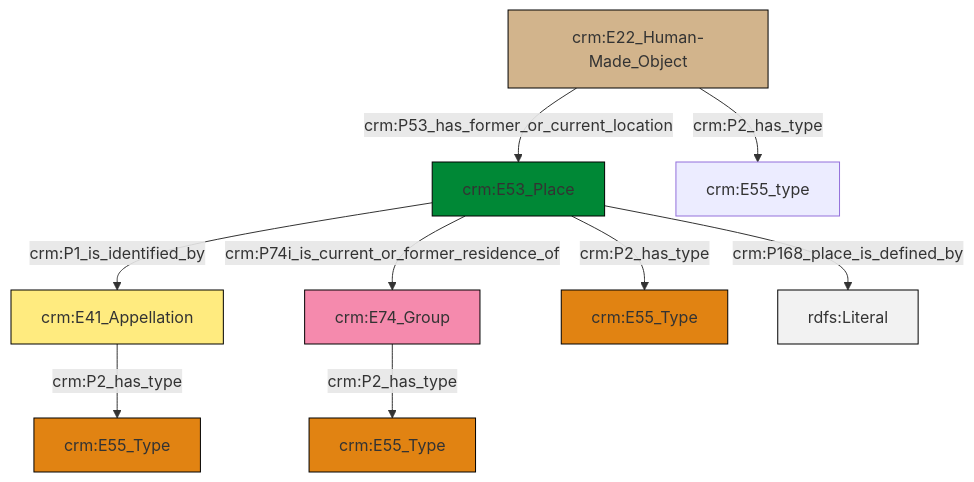
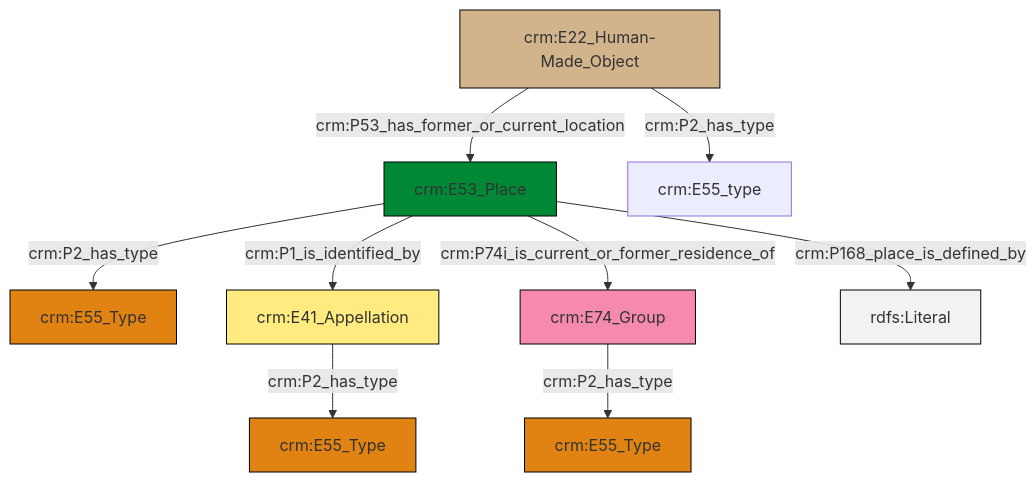
Before and after one commit to swiss-art-research-net/docs.swissartresearch: the diagram in et/artworkCSV/ttl/mmd/Artwork_Location.ttl.mmd, drawn with Mermaid. The commit also changed 176 other files, not shown here.

```diff
--- a/et/artworkCSV/ttl/mmd/Artwork_Location.ttl.mmd
+++ b/et/artworkCSV/ttl/mmd/Artwork_Location.ttl.mmd
@@ -1,23 +1,23 @@
 graph TD
 classDef Literal fill:#f2f2f2,stroke:#000000;
 classDef CRM_Entity fill:#FFFFFF,stroke:#000000;
 classDef Temporal_Entity fill:#00C9E6, stroke:#000000;
 classDef Type fill:#E18312, stroke:#000000;
 classDef Time-Span fill:#2C9C91, stroke:#000000;
 classDef Appellation fill:#FFEB7F, stroke:#000000;
 classDef Place fill:#008836, stroke:#000000;
 classDef Persistent_Item fill:#B266B2, stroke:#000000;
 classDef Conceptual_Object fill:#FFD700, stroke:#000000;
 classDef Physical_Thing fill:#D2B48C, stroke:#000000;
 classDef Actor fill:#f58aad, stroke:#000000;
 classDef PC_Classes fill:#4ce600, stroke:#000000;
 classDef Multi fill:#cccccc,stroke:#000000;
 
-0["crm:E22_Human-Made_Object"]:::Physical_Thing -->|crm:P53_has_former_or_current_location| 1["crm:E53_Place"]:::Place
-1["crm:E53_Place"]:::Place -->|crm:P1_is_identified_by| 2["crm:E41_Appellation"]:::Appellation
-1["crm:E53_Place"]:::Place -->|crm:P74i_is_current_or_former_residence_of| 6["crm:E74_Group"]:::Actor
-6["crm:E74_Group"]:::Actor -->|crm:P2_has_type| 4["crm:E55_Type"]:::Type
-0["crm:E22_Human-Made_Object"]:::Physical_Thing -->|crm:P2_has_type| 7["crm:E55_type"]:::Default
-1["crm:E53_Place"]:::Place -->|crm:P2_has_type| 11["crm:E55_Type"]:::Type
-1["crm:E53_Place"]:::Place -->|crm:P168_place_is_defined_by| 12[rdfs:Literal]:::Literal
-2["crm:E41_Appellation"]:::Appellation -->|crm:P2_has_type| 9["crm:E55_Type"]:::Type
+2["crm:E53_Place"]:::Place -->|crm:P1_is_identified_by| 3["crm:E41_Appellation"]:::Appellation
+9["crm:E22_Human-Made_Object"]:::Physical_Thing -->|crm:P53_has_former_or_current_location| 2["crm:E53_Place"]:::Place
+2["crm:E53_Place"]:::Place -->|crm:P168_place_is_defined_by| 15[rdfs:Literal]:::Literal
+2["crm:E53_Place"]:::Place -->|crm:P2_has_type| 0["crm:E55_Type"]:::Type
+2["crm:E53_Place"]:::Place -->|crm:P74i_is_current_or_former_residence_of| 7["crm:E74_Group"]:::Actor
+7["crm:E74_Group"]:::Actor -->|crm:P2_has_type| 13["crm:E55_Type"]:::Type
+9["crm:E22_Human-Made_Object"]:::Physical_Thing -->|crm:P2_has_type| 17["crm:E55_type"]:::Default
+3["crm:E41_Appellation"]:::Appellation -->|crm:P2_has_type| 5["crm:E55_Type"]:::Type
```
